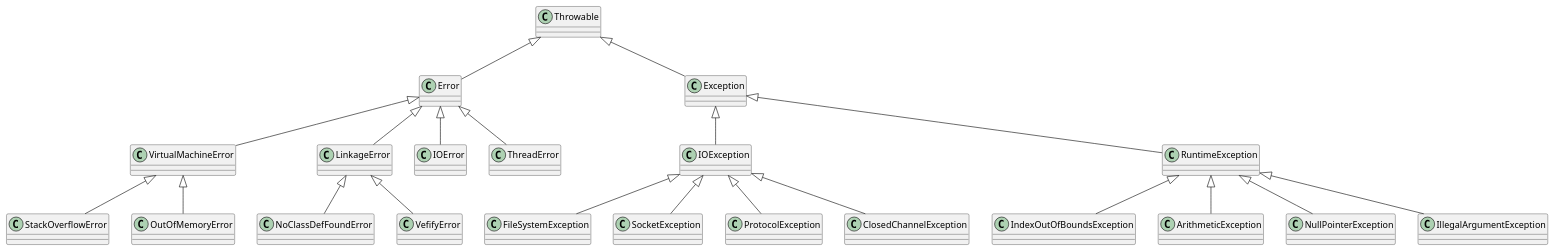
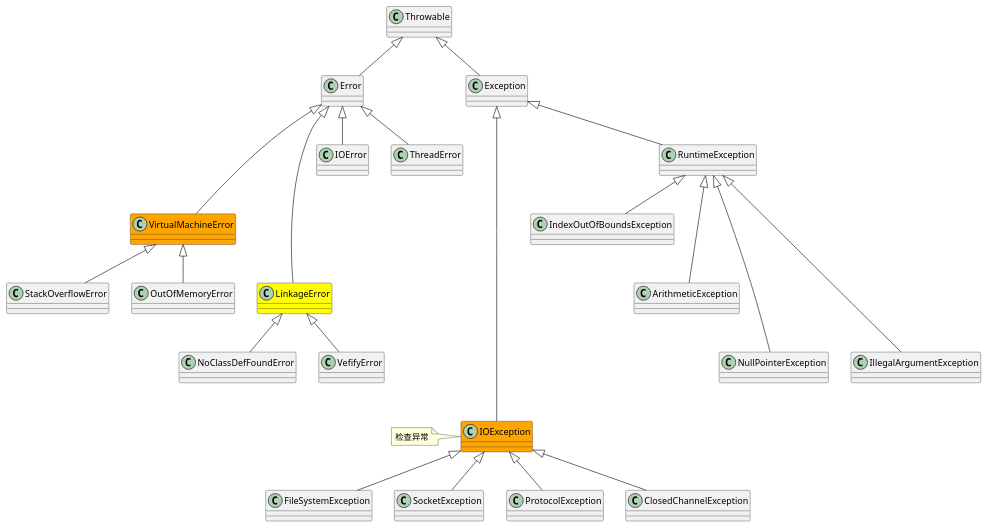
The diagram in 10-java/src/rt.jar.src/java/lang/Throwable.md (onlyonion/development), drawn with PlantUML before and after one commit. The commit also changed 73 other files, not shown here.

````diff
--- a/10-java/src/rt.jar.src/java/lang/Throwable.md
+++ b/10-java/src/rt.jar.src/java/lang/Throwable.md
@@ -68,38 +68,43 @@
 ```plantuml
 @startuml
 
 class Throwable
 class Error
 class Exception
 
 Throwable ^-- Error
 Throwable ^-- Exception
 
 '''''''''''''''''''''错误'''''''''''''''''''''''
-Error ^-- VirtualMachineError
-Error ^-- LinkageError
+class VirtualMachineError #orange
+class LinkageError #yellow
+Error ^--- VirtualMachineError
+Error ^---- LinkageError
 Error ^-- IOError
 Error ^-- ThreadError
 
 VirtualMachineError ^-- StackOverflowError
 VirtualMachineError ^-- OutOfMemoryError
 
 LinkageError ^-- NoClassDefFoundError
 LinkageError ^-- VefifyError
 
 '''''''''''''''''''''异常'''''''''''''''''''''''
-Exception ^-- IOException
+class IOException #orange
+note left: 检查异常
+
+Exception ^------ IOException
 Exception ^-- RuntimeException
 
 IOException ^-- FileSystemException
 IOException ^-- SocketException
 IOException ^-- ProtocolException
 IOException ^-- ClosedChannelException
 
 RuntimeException ^-- IndexOutOfBoundsException
-RuntimeException ^-- ArithmeticException
-RuntimeException ^-- NullPointerException
-RuntimeException ^-- IllegalArgumentException
+RuntimeException ^--- ArithmeticException
+RuntimeException ^---- NullPointerException
+RuntimeException ^---- IllegalArgumentException
 
 @enduml
 ```
````
